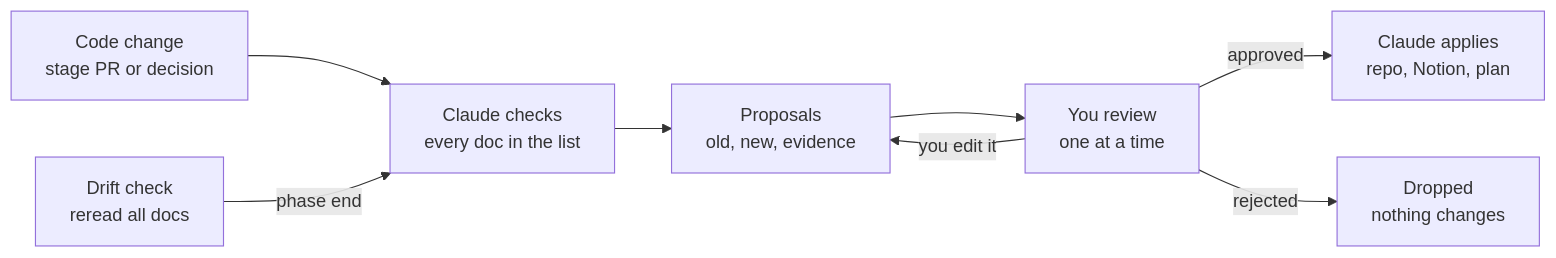
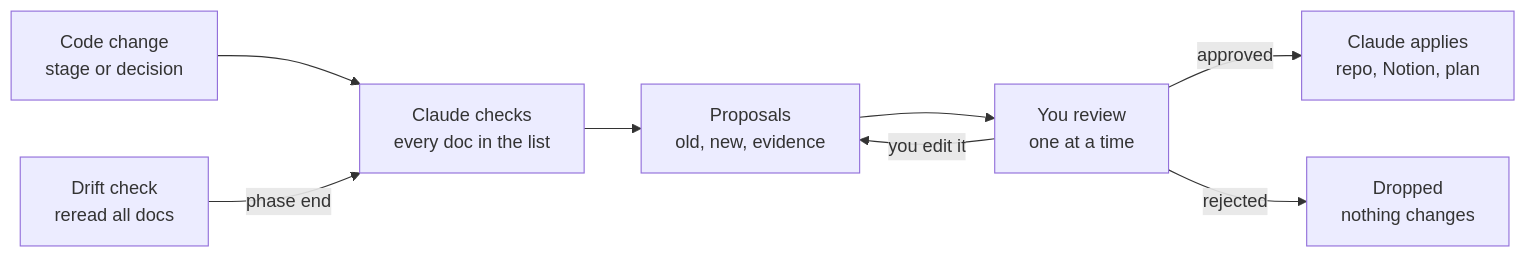
The diagram in docs/plan/02-docs-sync.md (rachelwong/preppers), drawn with Mermaid before and after one commit. The commit also changed other lines of this file and 23 other files, not shown here.

````diff
--- a/docs/plan/02-docs-sync.md
+++ b/docs/plan/02-docs-sync.md
@@ -5,10 +5,10 @@
 ```mermaid
 flowchart LR
-  CH[Code change<br/>stage PR or decision] --> CL[Claude checks<br/>every doc in the list]
+  CH[Code change<br/>stage or decision] --> CL[Claude checks<br/>every doc in the list]
   CL --> PR[Proposals<br/>old, new, evidence]
   PR --> RV[You review<br/>one at a time]
   RV -->|you edit it| PR
   RV -->|approved| AP[Claude applies<br/>repo, Notion, plan]
   RV -->|rejected| DR[Dropped<br/>nothing changes]
   DC[Drift check<br/>reread all docs] -->|phase end| CL
 ```
````
